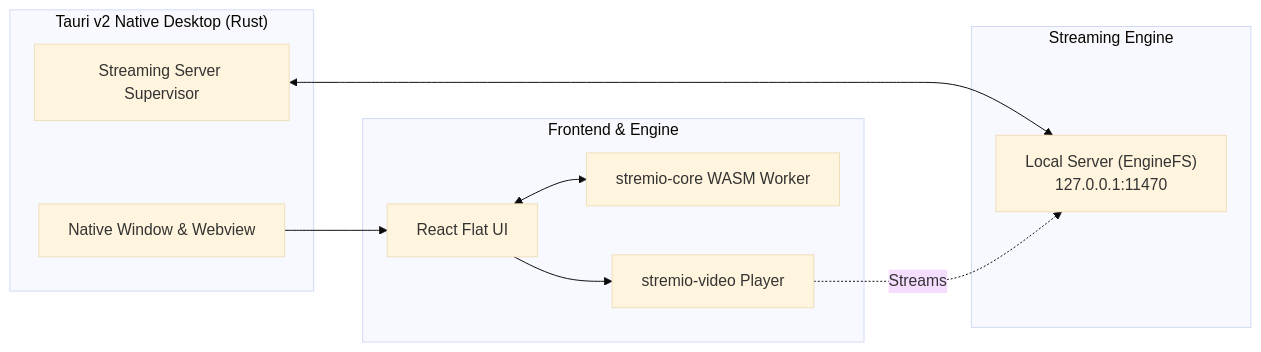
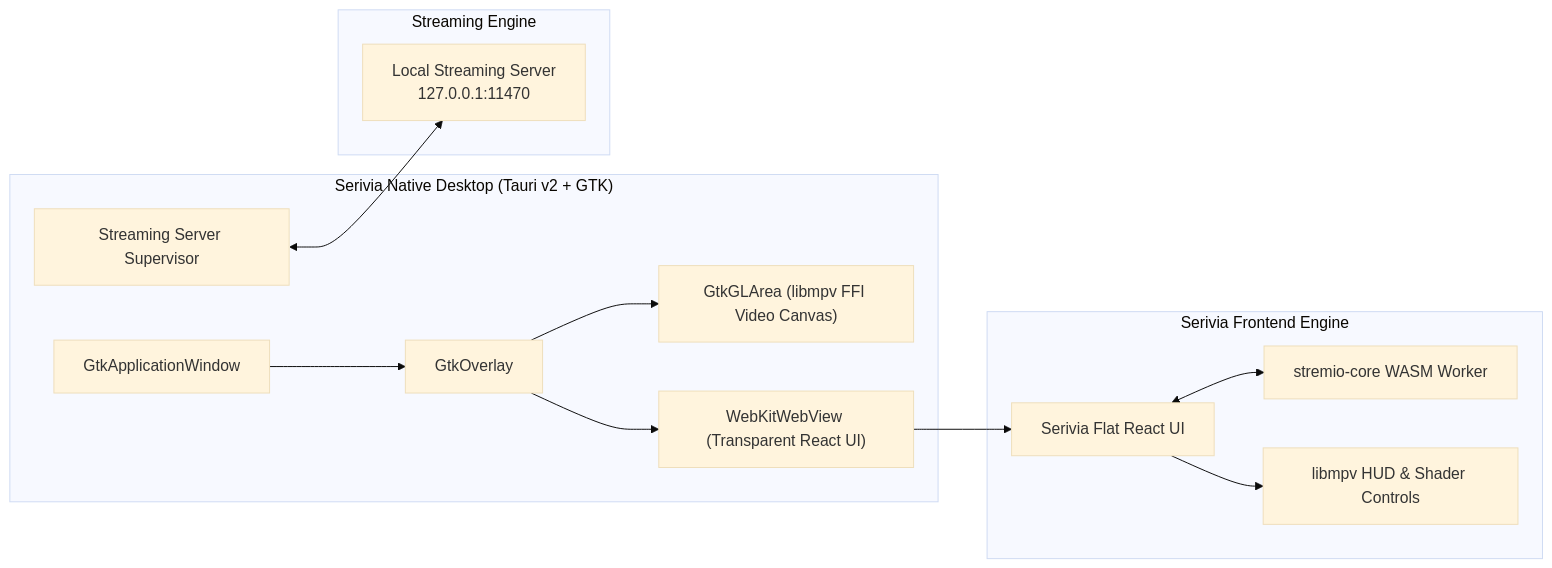
Before and after one commit to khSafvan/my-stremio-web: the diagram in README.md, drawn with Mermaid (base theme). The commit also changed other lines of this file and 37 other files, not shown here.

````diff
--- a/README.md
+++ b/README.md
@@ -39,23 +50,28 @@
 ```mermaid
 flowchart LR
-    subgraph Tauri["Tauri v2 Native Desktop (Rust)"]
-        Window["Native Window & Webview"]
+    subgraph Desktop["Serivia Native Desktop (Tauri v2 + GTK)"]
+        Window["GtkApplicationWindow"]
+        Overlay["GtkOverlay"]
+        GLArea["GtkGLArea (libmpv FFI Video Canvas)"]
+        Webview["WebKitWebView (Transparent React UI)"]
         Supervisor["Streaming Server Supervisor"]
     end
 
-    subgraph Core["Frontend & Engine"]
-        UI["React Flat UI"]
+    subgraph Frontend["Serivia Frontend Engine"]
+        UI["Serivia Flat React UI"]
         WASM["stremio-core WASM Worker"]
-        Player["stremio-video Player"]
+        PlayerHUD["libmpv HUD & Shader Controls"]
     end
 
     subgraph Engine["Streaming Engine"]
-        Server["Local Server (EngineFS)<br>127.0.0.1:11470"]
+        Server["Local Streaming Server<br>127.0.0.1:11470"]
     end
 
-    Window --> UI
+    Window --> Overlay
+    Overlay --> GLArea
+    Overlay --> Webview
+    Webview --> UI
     UI <--> WASM
-    UI --> Player
+    UI --> PlayerHUD
     Supervisor <--> Server
-    Player -. Streams .-> Server
 ```
````
